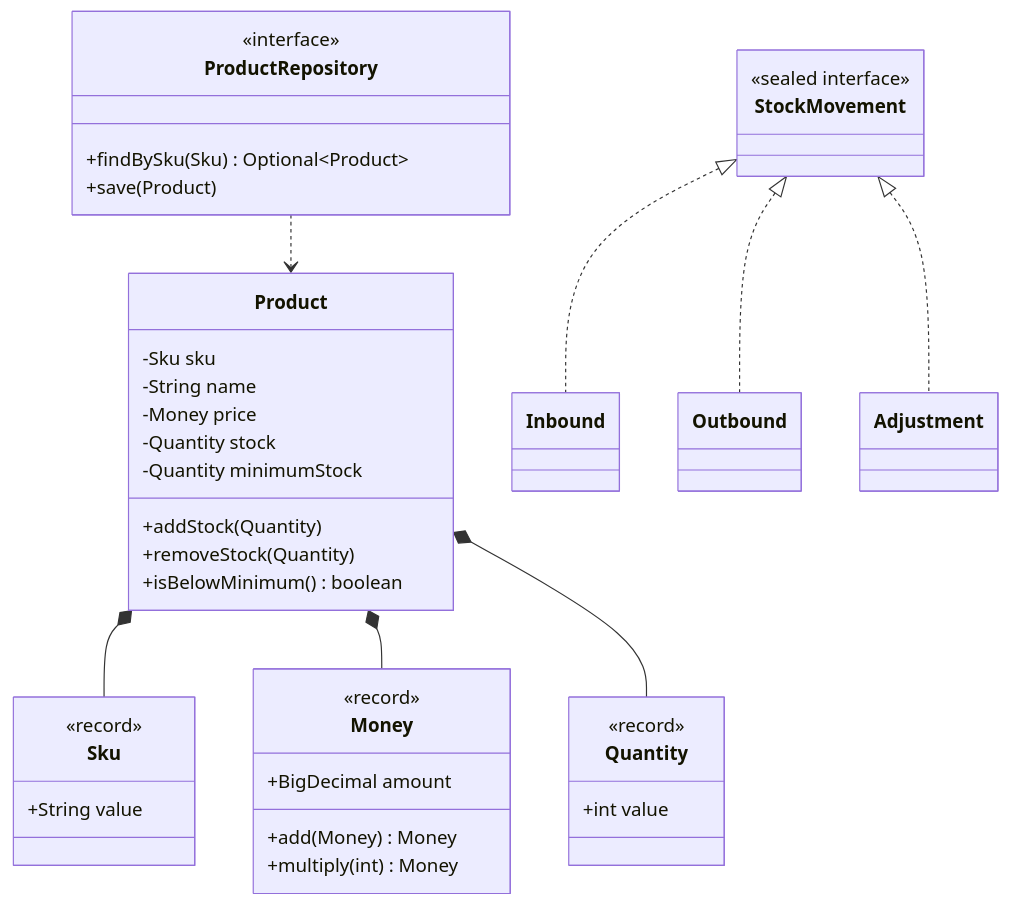
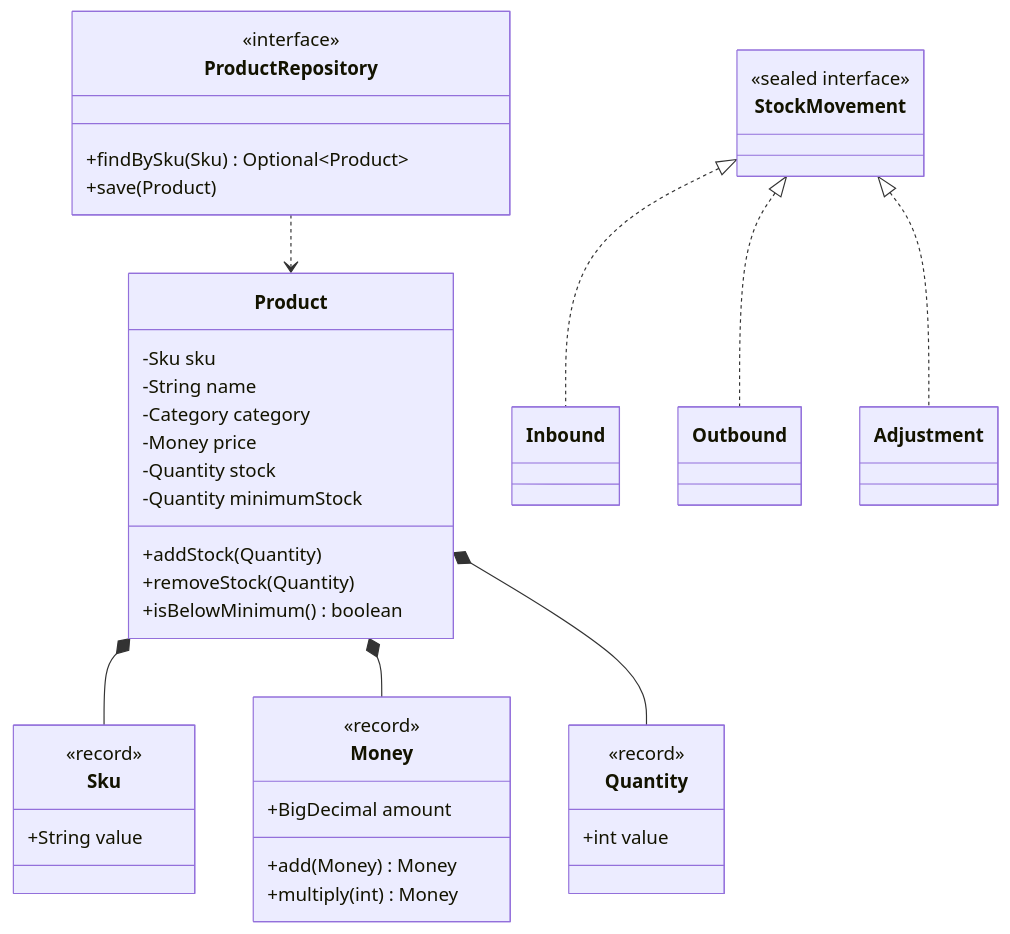
Before and after one commit to GustavoThe01/nidavellir-inventory: the third of 3 diagrams in README.md, drawn with Mermaid. The commit also changed other lines of this file and 10 other files, not shown here.

````diff
--- a/README.md
+++ b/README.md
@@ -168,46 +168,47 @@
 ```mermaid
 classDiagram
     class Product {
         -Sku sku
         -String name
+        -Category category
         -Money price
         -Quantity stock
         -Quantity minimumStock
         +addStock(Quantity)
         +removeStock(Quantity)
         +isBelowMinimum() boolean
     }
     class Sku {
         <<record>>
         +String value
     }
     class Money {
         <<record>>
         +BigDecimal amount
         +add(Money) Money
         +multiply(int) Money
     }
     class Quantity {
         <<record>>
         +int value
     }
     class StockMovement {
         <<sealed interface>>
     }
     class Inbound
     class Outbound
     class Adjustment
     class ProductRepository {
         <<interface>>
         +findBySku(Sku) Optional~Product~
         +save(Product)
     }
 
     Product *-- Sku
     Product *-- Money
     Product *-- Quantity
     StockMovement <|.. Inbound
     StockMovement <|.. Outbound
     StockMovement <|.. Adjustment
     ProductRepository ..> Product
 ```
````
